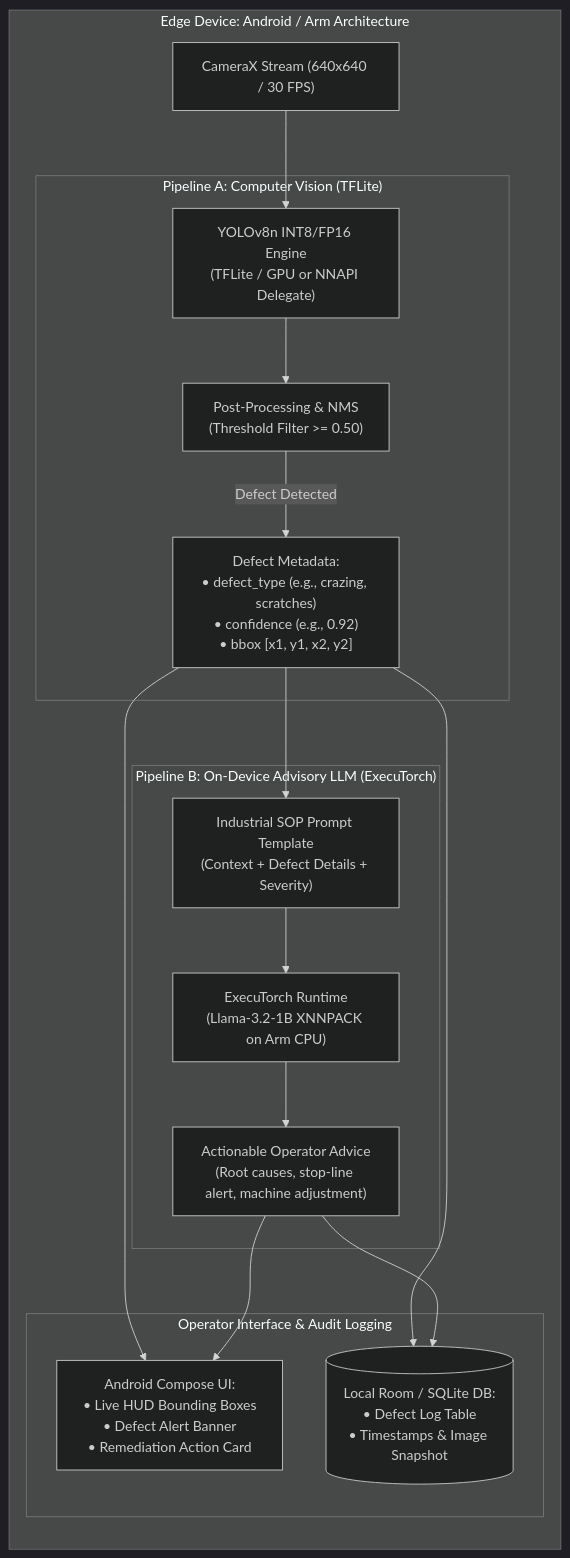
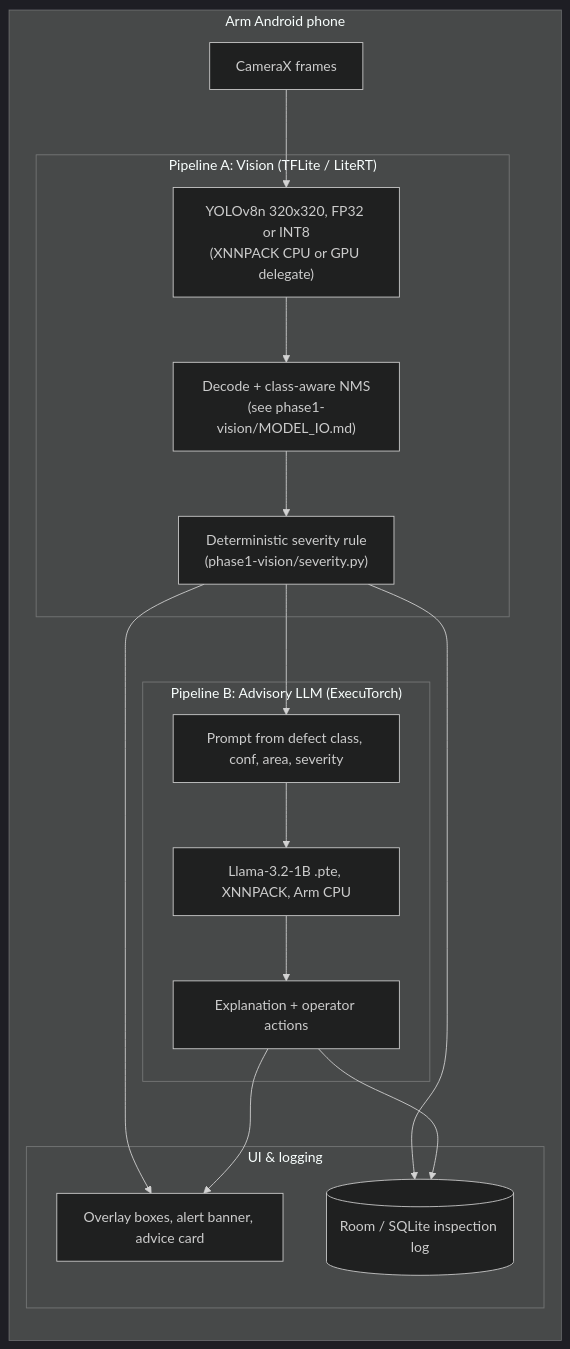
One commit to ajaybahuguna17/qc-defect-detector changed the diagram in PROJECT_CONTEXT.md. Above: the diagram before and after it, drawn with Mermaid (dark theme). The commit also changed other lines of this file and 11 other files, not shown here.

First line of the commit message:
Phase 1: strict data split, no-fallback TFLite export, severity rule, Colab notebook

````diff
--- a/PROJECT_CONTEXT.md
+++ b/PROJECT_CONTEXT.md
@@ -41,35 +41,31 @@
 ```mermaid
 flowchart TD
-    subgraph EdgeDevice ["Edge Device: Android / Arm Architecture"]
+    subgraph EdgeDevice ["Arm Android phone"]
         direction TB
-        CAM["CameraX Stream (640x640 / 30 FPS)"]
-        
-        subgraph PipelineA ["Pipeline A: Computer Vision (TFLite)"]
-            TFLITE["YOLOv8n INT8/FP16 Engine\n(TFLite / GPU or NNAPI Delegate)"]
-            FILTER["Post-Processing & NMS\n(Threshold Filter >= 0.50)"]
-            DEFECT_PAYLOAD["Defect Metadata:\n• defect_type (e.g., crazing, scratches)\n• confidence (e.g., 0.92)\n• bbox [x1, y1, x2, y2]"]
+        CAM["CameraX frames"]
+
+        subgraph PipelineA ["Pipeline A: Vision (TFLite / LiteRT)"]
+            TFLITE["YOLOv8n 320x320, FP32 or INT8\n(XNNPACK CPU or GPU delegate)"]
+            FILTER["Decode + class-aware NMS\n(see phase1-vision/MODEL_IO.md)"]
+            SEV["Deterministic severity rule\n(phase1-vision/severity.py)"]
         end
 
-        subgraph PipelineB ["Pipeline B: On-Device Advisory LLM (ExecuTorch)"]
-            PROMPT_GEN["Industrial SOP Prompt Template\n(Context + Defect Details + Severity)"]
-            EXECUTORCH["ExecuTorch Runtime\n(Llama-3.2-1B XNNPACK on Arm CPU)"]
-            ADVICE["Actionable Operator Advice\n(Root causes, stop-line alert, machine adjustment)"]
+        subgraph PipelineB ["Pipeline B: Advisory LLM (ExecuTorch)"]
+            PROMPT_GEN["Prompt from defect class, conf, area, severity"]
+            EXECUTORCH["Llama-3.2-1B .pte, XNNPACK, Arm CPU"]
+            ADVICE["Explanation + operator actions"]
         end
 
-        subgraph PersistenceUI ["Operator Interface & Audit Logging"]
-            UI["Android Compose UI:\n• Live HUD Bounding Boxes\n• Defect Alert Banner\n• Remediation Action Card"]
-            ROOM[("Local Room / SQLite DB:\n• Defect Log Table\n• Timestamps & Image Snapshot")]
+        subgraph PersistenceUI ["UI & logging"]
+            UI["Overlay boxes, alert banner, advice card"]
+            ROOM[("Room / SQLite inspection log")]
         end
     end
 
-    CAM --> TFLITE
-    TFLITE --> FILTER
-    FILTER -->|Defect Detected| DEFECT_PAYLOAD
-    DEFECT_PAYLOAD --> PROMPT_GEN
-    PROMPT_GEN --> EXECUTORCH
-    EXECUTORCH --> ADVICE
-    DEFECT_PAYLOAD --> UI
+    CAM --> TFLITE --> FILTER --> SEV
+    SEV --> PROMPT_GEN --> EXECUTORCH --> ADVICE
+    SEV --> UI
     ADVICE --> UI
-    DEFECT_PAYLOAD --> ROOM
+    SEV --> ROOM
     ADVICE --> ROOM
 ```
````
